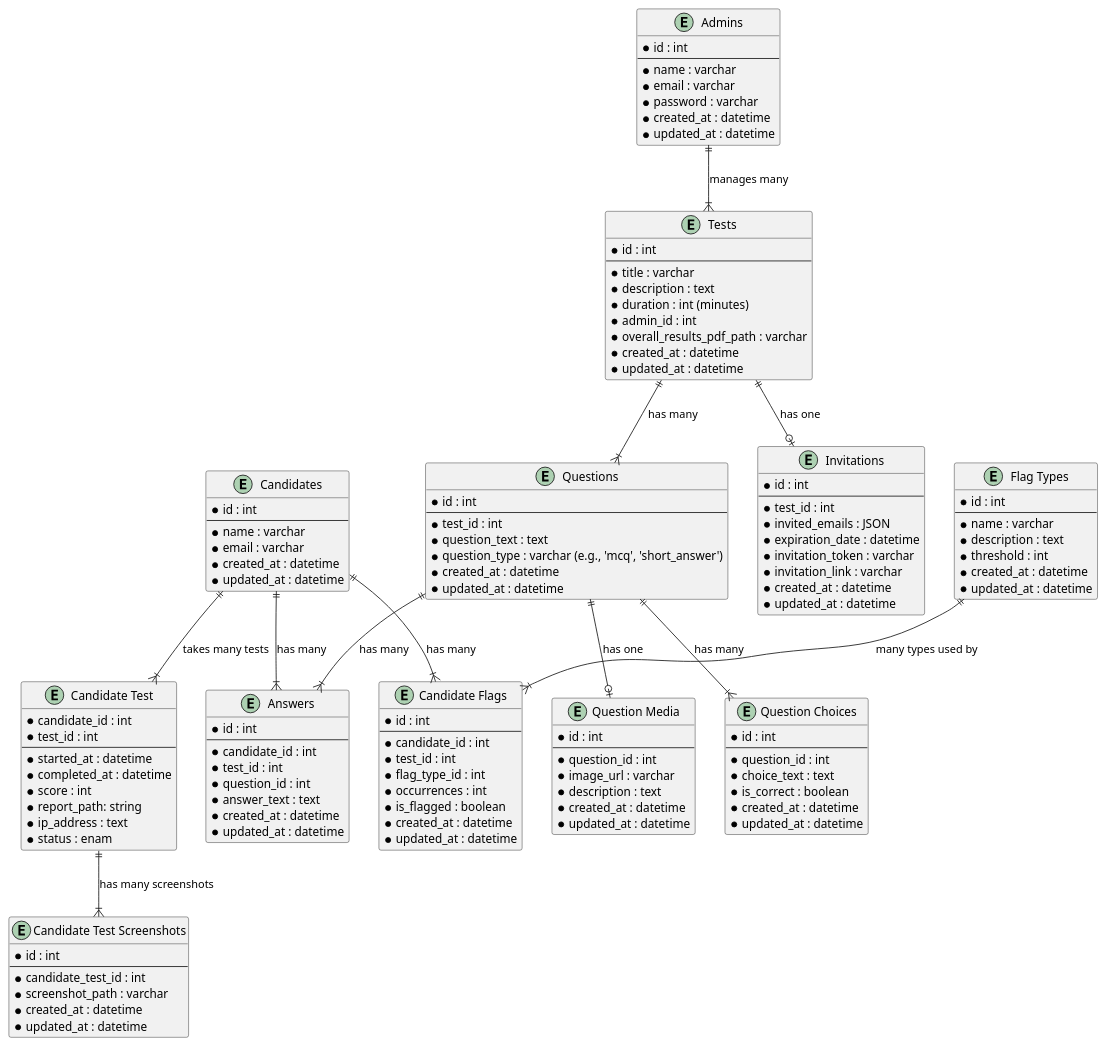
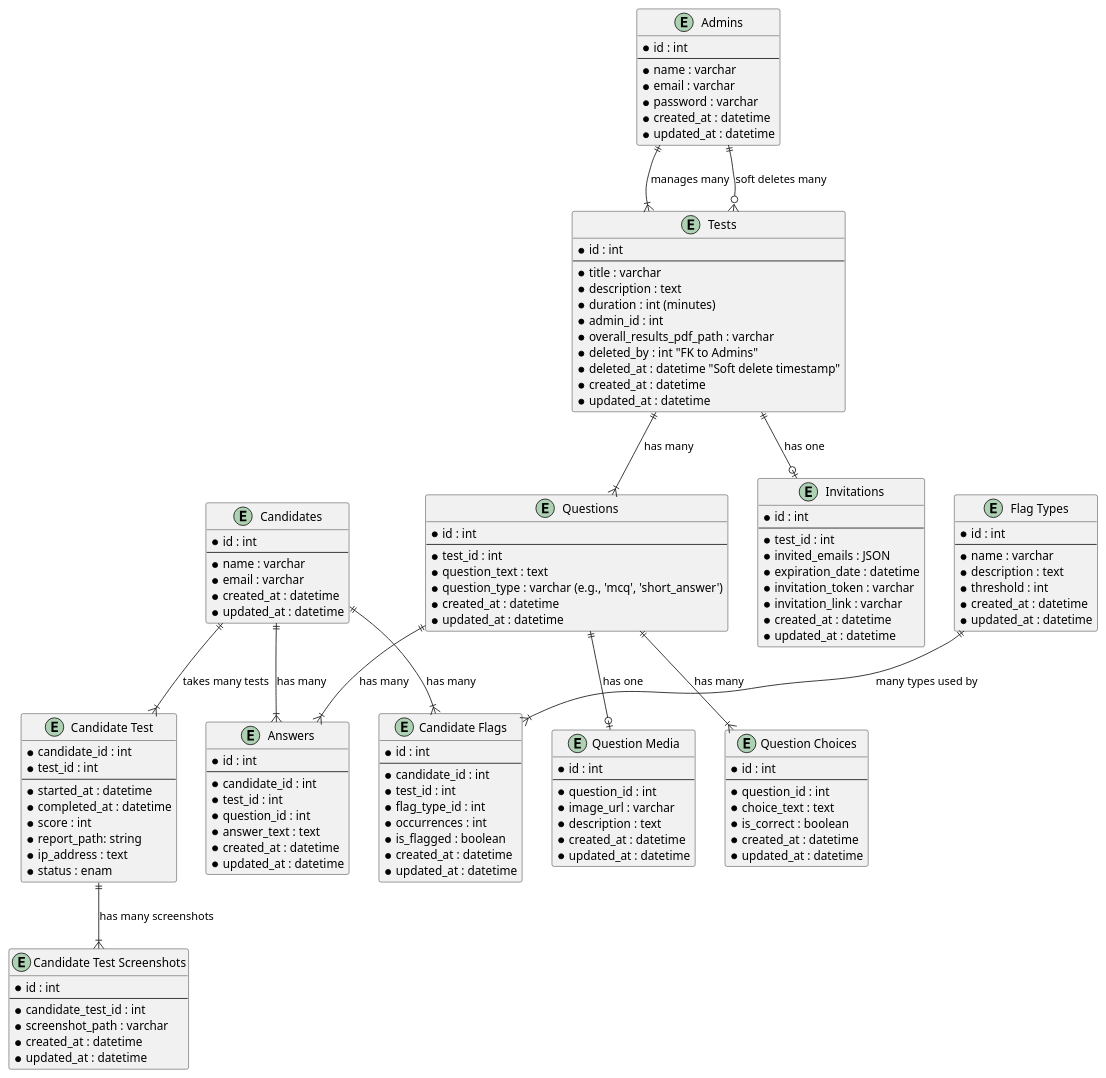
The diagram in storage/plantuml/db_diagram.puml (milelecars/MileleSkillSage), drawn with PlantUML before and after one commit. The commit also changed 20 other files, not shown here.

```diff
--- a/storage/plantuml/db_diagram.puml
+++ b/storage/plantuml/db_diagram.puml
@@ -1,144 +1,148 @@
 @startuml "Milele SkillSage"
 
 
 entity "Candidates" {
   * id : int
   --
   * name : varchar
   * email : varchar
   * created_at : datetime
   * updated_at : datetime
 }
 
 entity "Tests" {
   * id : int
   --
   * title : varchar
   * description : text
   * duration : int (minutes)
   * admin_id : int
   * overall_results_pdf_path : varchar
+  * deleted_by : int "FK to Admins"
+  * deleted_at : datetime "Soft delete timestamp"
   * created_at : datetime
   * updated_at : datetime
 }
 
 entity "Candidate Test" {
   * candidate_id : int
   * test_id : int
   --
   * started_at : datetime
   * completed_at : datetime
   * score : int
   * report_path: string
   * ip_address : text
   * status : enam
 }
 
 entity "Candidate Test Screenshots" {
   * id : int
   --
   * candidate_test_id : int
   * screenshot_path : varchar
   * created_at : datetime
   * updated_at : datetime
 }
 
 entity "Questions" {
   * id : int
   --
   * test_id : int
   * question_text : text
   * question_type : varchar (e.g., 'mcq', 'short_answer')
   * created_at : datetime
   * updated_at : datetime
 }
 
 entity "Question Choices" {
   * id : int
   --
   * question_id : int
   * choice_text : text
   * is_correct : boolean
   * created_at : datetime
   * updated_at : datetime
 }
 
 entity "Question Media" {
   * id : int
   --
   * question_id : int
   * image_url : varchar
   * description : text
   * created_at : datetime
   * updated_at : datetime
 }
 
 entity "Answers" {
   * id : int
   --
   * candidate_id : int
   * test_id : int
   * question_id : int
   * answer_text : text
   * created_at : datetime
   * updated_at : datetime
 }
 
 entity "Admins" {
   * id : int
   --
   * name : varchar
   * email : varchar
   * password : varchar  
   * created_at : datetime
   * updated_at : datetime
 }
 
 entity "Flag Types" {
   * id : int
   --
   * name : varchar
   * description : text
   * threshold : int
   * created_at : datetime
   * updated_at : datetime
 }
 
 entity "Candidate Flags" {
   * id : int
   --
   * candidate_id : int
   * test_id : int
   * flag_type_id : int
   * occurrences : int
   * is_flagged : boolean
   * created_at : datetime
   * updated_at : datetime
 }
 
 entity "Invitations" {
   * id : int
   --
   * test_id : int
   * invited_emails : JSON
   * expiration_date : datetime
   * invitation_token : varchar
   * invitation_link : varchar
   * created_at : datetime 
   * updated_at : datetime
 }
 
 ' Relationships
 "Candidates" ||--|{ "Answers" : has many
 "Candidates" ||--|{ "Candidate Flags" : has many
 "Candidates" ||--|{ "Candidate Test" : takes many tests
 "Tests" ||--|{ "Questions" : has many
 "Tests" ||--o| "Invitations" : has one
 "Questions" ||--|{ "Question Choices" : has many
 "Questions" ||--o| "Question Media" : has one
 "Questions" ||--|{ "Answers" : has many  
 "Flag Types" ||--|{ "Candidate Flags" : many types used by
 "Admins" ||--|{ "Tests" : manages many
+"Admins" ||--o{ "Tests" : "soft deletes many"
 "Candidate Test" ||--|{ "Candidate Test Screenshots" : "has many screenshots"
 
+
 @enduml
```
